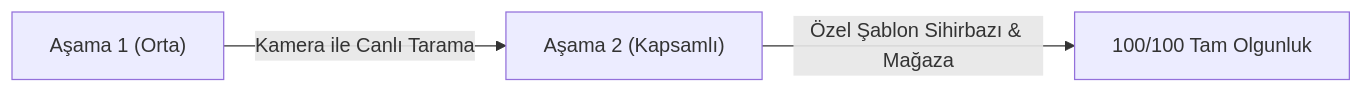
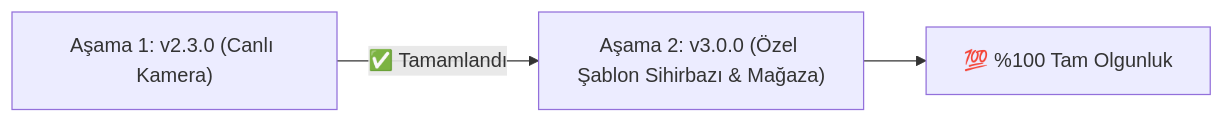
Before and after one commit to emirtdede/Optical-Form-Reader: the diagram in docs/gelecek-hedefler-ve-yol-haritasi.md, drawn with Mermaid. The commit also changed other lines of this file and 8 other files, not shown here.

````diff
--- a/docs/gelecek-hedefler-ve-yol-haritasi.md
+++ b/docs/gelecek-hedefler-ve-yol-haritasi.md
@@ -14,5 +14,5 @@
 ```mermaid
 flowchart LR
-    A["Aşama 1 (Orta)"] -->|Kamera ile Canlı Tarama| B["Aşama 2 (Kapsamlı)"]
-    B -->|Özel Şablon Sihirbazı & Mağaza| C["100/100 Tam Olgunluk"]
+    A["Aşama 1: v2.3.0 (Canlı Kamera)"] -->|✅ Tamamlandı| B["Aşama 2: v3.0.0 (Özel Şablon Sihirbazı & Mağaza)"]
+    B --> C["💯 %100 Tam Olgunluk"]
 ```
````
